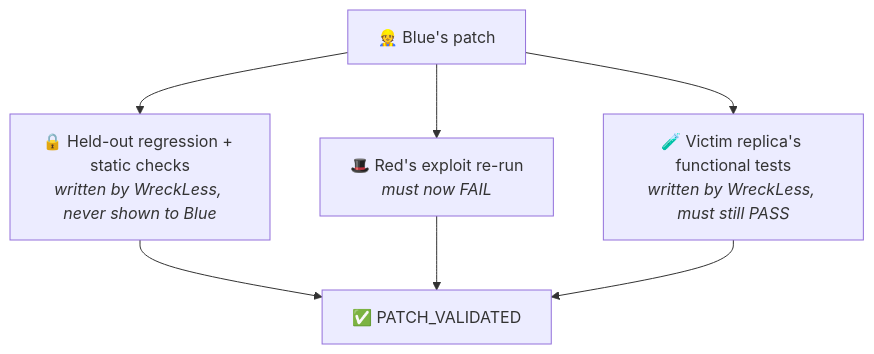
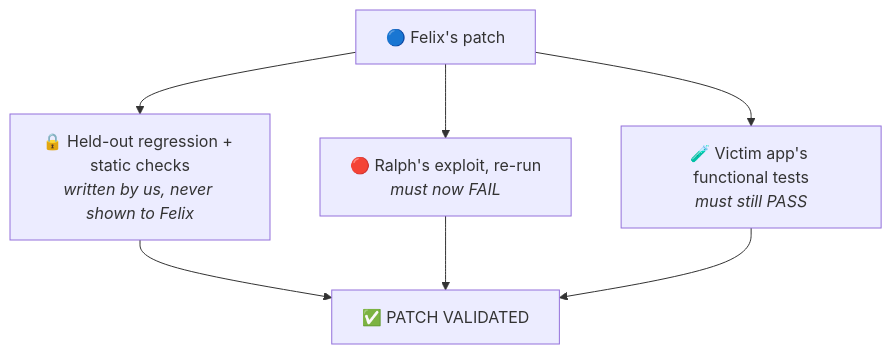
One commit to djang-c/WreckLess-Cyber-Security changed the second of 3 diagrams in README.md. Above: the diagram before and after it, drawn with Mermaid. The commit also changed other lines of this file and 3 other files, not shown here.

````diff
--- a/README.md
+++ b/README.md
@@ -83,7 +81,7 @@
 ```mermaid
 flowchart TB
-    P["👷 Blue's patch"] --> R["🔒 Held-out regression + static checks<br/><i>written by WreckLess, never shown to Blue</i>"]
-    P --> X["🎩 Red's exploit re-run<br/><i>must now FAIL</i>"]
-    P --> F["🧪 Victim replica's functional tests<br/><i>written by WreckLess, must still PASS</i>"]
-    R & X & F --> OK["✅ PATCH_VALIDATED"]
+    P["🔵 Felix's patch"] --> R["🔒 Held-out regression + static checks<br/><i>written by us, never shown to Felix</i>"]
+    P --> X["🔴 Ralph's exploit, re-run<br/><i>must now FAIL</i>"]
+    P --> F["🧪 Victim app's functional tests<br/><i>must still PASS</i>"]
+    R & X & F --> OK["✅ PATCH VALIDATED"]
 ```
````
